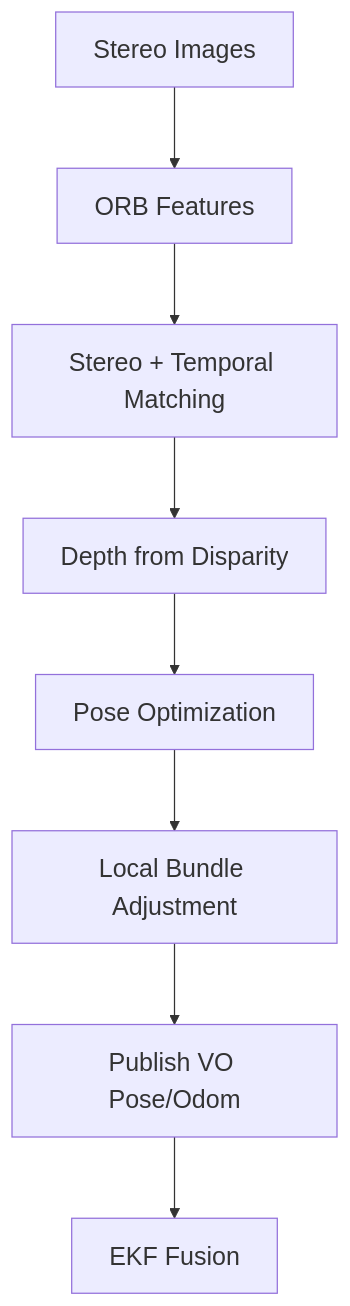
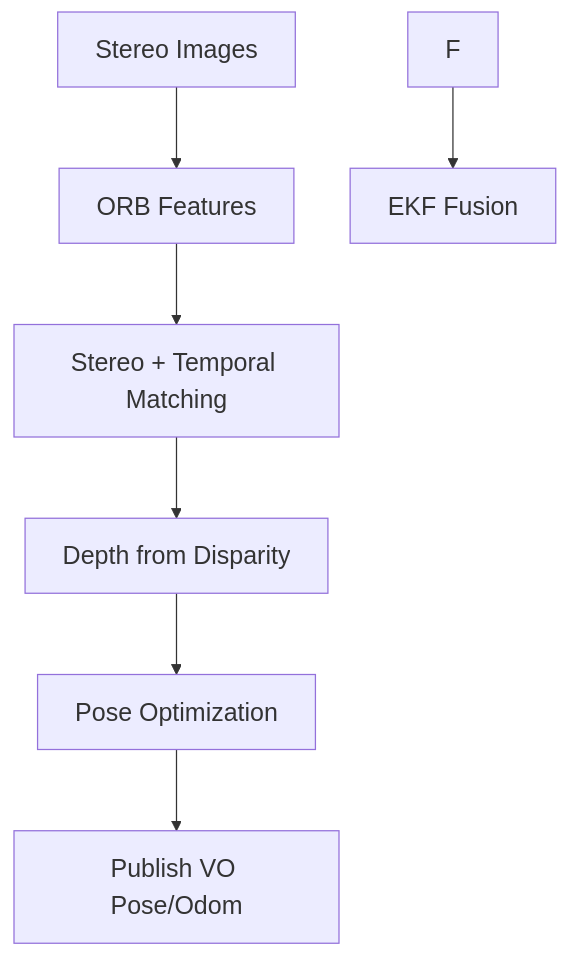
The diagram in project/report3.md (SeasonedLeo/RAS_Mobile_Robotics_Vision), drawn with Mermaid before and after one commit. The commit also changed other lines of this file, not shown here.

````diff
--- a/project/report3.md
+++ b/project/report3.md
@@ -93,11 +93,10 @@
 ```mermaid
 %%{init: {"themeVariables": {"fontSize": "20px"}, "flowchart": {"nodeSpacing": 45, "rankSpacing": 65}}}%%
 flowchart TB
   A["Stereo Images"] --> B["ORB Features"]
   B --> C["Stereo + Temporal Matching"]
   C --> D["Depth from Disparity"]
   D --> E["Pose Optimization"]
-  E --> F["Local Bundle Adjustment"]
-  F --> G["Publish VO Pose/Odom"]
-  G --> H["EKF Fusion"]
+  E --> G["Publish VO Pose/Odom"]
+  F --> H["EKF Fusion"]
 ```
````
